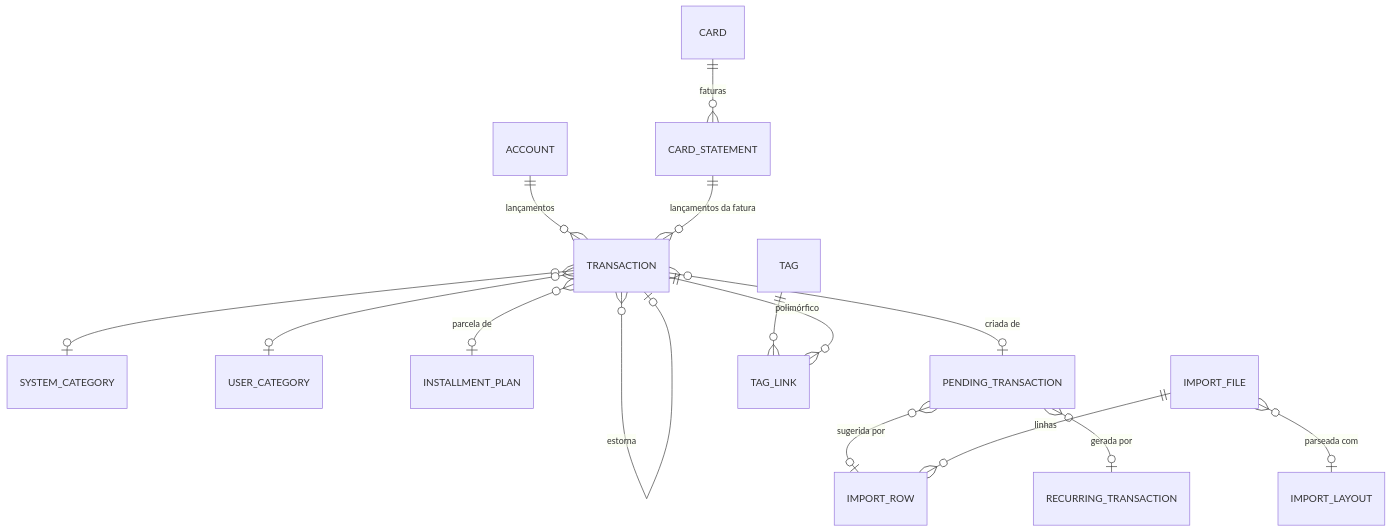
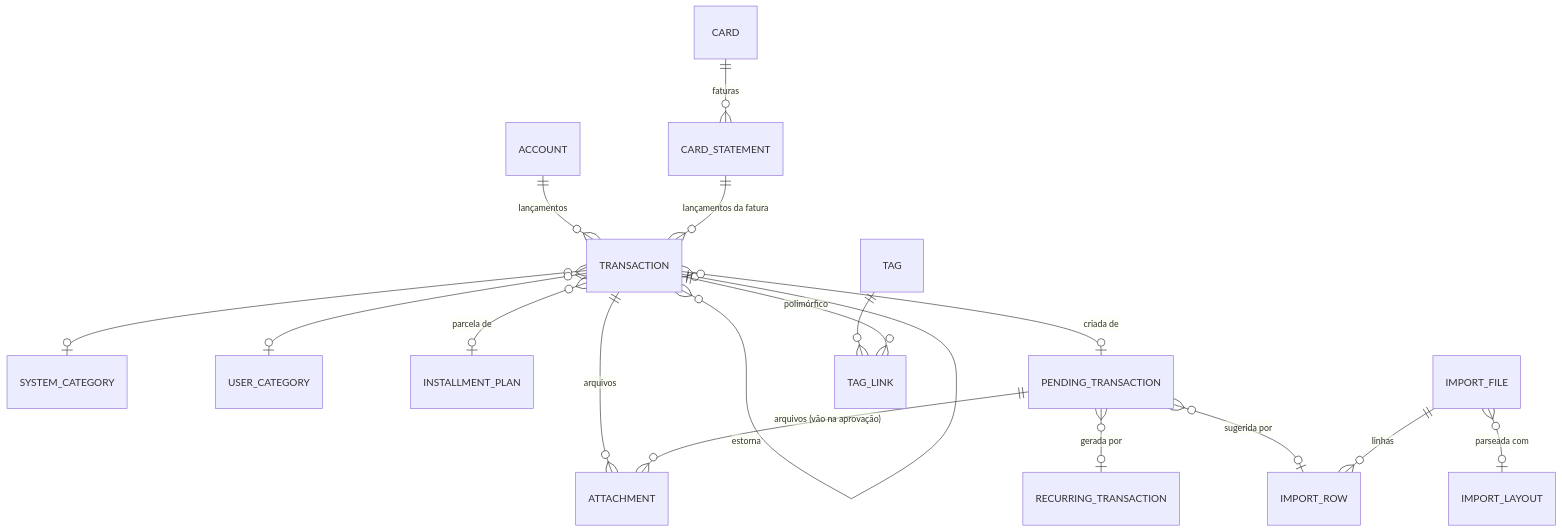
One commit to leonardopottmayer/pandora changed the diagram in docs/modules/finances/pt-BR/data-model.md. Above: the diagram before and after it, drawn with Mermaid. The commit also changed other lines of this file and 89 other files, not shown here.

````diff
--- a/docs/modules/finances/pt-BR/data-model.md
+++ b/docs/modules/finances/pt-BR/data-model.md
@@ -294,17 +310,19 @@
 ```mermaid
 erDiagram
     ACCOUNT ||--o{ TRANSACTION : "lançamentos"
     CARD ||--o{ CARD_STATEMENT : "faturas"
     CARD_STATEMENT ||--o{ TRANSACTION : "lançamentos da fatura"
     TRANSACTION }o--o| SYSTEM_CATEGORY : ""
     TRANSACTION }o--o| USER_CATEGORY : ""
     TRANSACTION }o--o| INSTALLMENT_PLAN : "parcela de"
     TRANSACTION }o--o| TRANSACTION : "estorna"
     TRANSACTION }o--o| PENDING_TRANSACTION : "criada de"
     PENDING_TRANSACTION }o--o| IMPORT_ROW : "sugerida por"
     PENDING_TRANSACTION }o--o| RECURRING_TRANSACTION : "gerada por"
     IMPORT_FILE ||--o{ IMPORT_ROW : "linhas"
     IMPORT_FILE }o--o| IMPORT_LAYOUT : "parseada com"
     TAG ||--o{ TAG_LINK : ""
     TRANSACTION ||--o{ TAG_LINK : "polimórfico"
+    TRANSACTION ||--o{ ATTACHMENT : "arquivos"
+    PENDING_TRANSACTION ||--o{ ATTACHMENT : "arquivos (vão na aprovação)"
 ```
````
